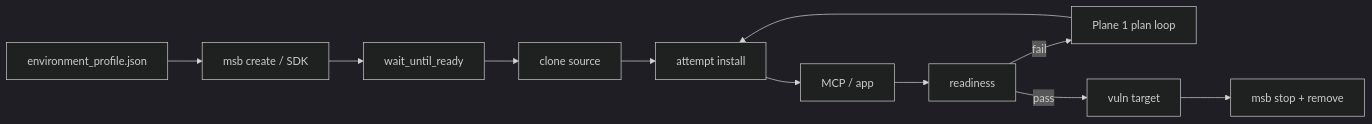
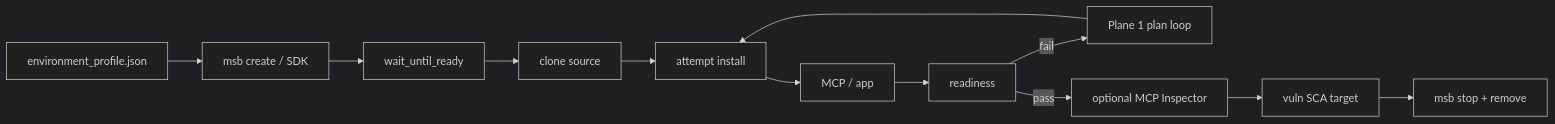
One commit to ludvigodin/killhub changed the diagram in IMPLEMENTATION_TEST_VM.md. Above: the diagram before and after it, drawn with Mermaid (dark theme). The commit also changed other lines of this file and 10 other files, not shown here.

Commit message:
Update documentation in AGENTS.md, API.md, ARCHITECTURE.md, DATABASE.md, and IMPLEMENTATION files to clarify the optional MCP security assessment process

````diff
--- a/IMPLEMENTATION_TEST_VM.md
+++ b/IMPLEMENTATION_TEST_VM.md
@@ -65,13 +66,14 @@
 ```mermaid
 flowchart LR
   Profile["environment_profile.json"] --> Create["msb create / SDK"]
   Create --> Ready["wait_until_ready"]
   Ready --> Clone["clone source"]
   Clone --> Deps["attempt install"]
   Deps --> Launch["MCP / app"]
   Launch --> Probe["readiness"]
   Probe -->|fail| Retry["Plane 1 plan loop"]
   Retry --> Deps
-  Probe -->|pass| Scan["vuln target"]
+  Probe -->|pass| Assess["optional MCP Inspector"]
+  Assess --> Scan["vuln SCA target"]
   Scan --> Destroy["msb stop + remove"]
 ```
````
